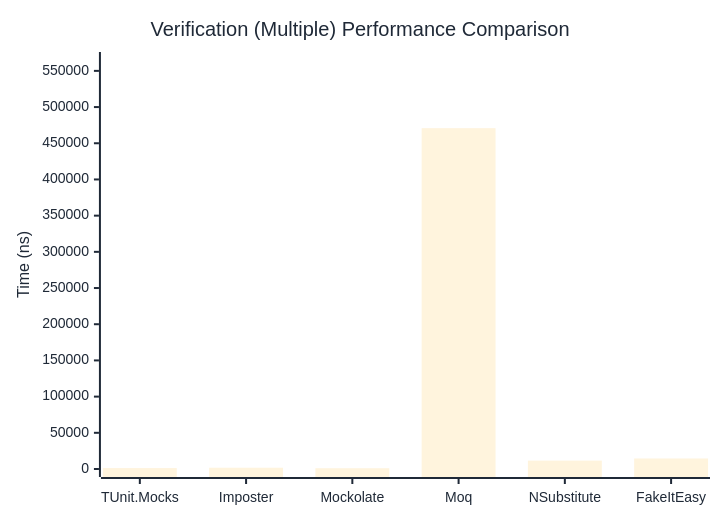
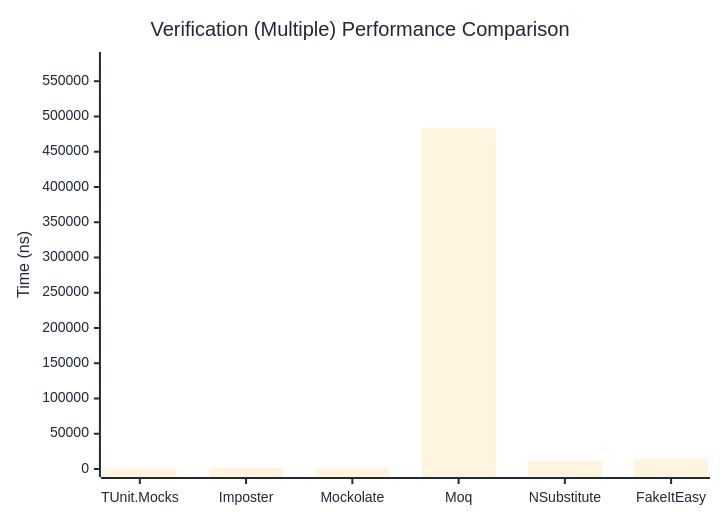
The third of 3 diagrams in docs/docs/benchmarks/mocks/Verification.md (thomhurst/TUnit), drawn with Mermaid before and after one commit. The commit also changed other lines of this file and 14 other files, not shown here.

````diff
--- a/docs/docs/benchmarks/mocks/Verification.md
+++ b/docs/docs/benchmarks/mocks/Verification.md
@@ -112,27 +112,27 @@
 ```mermaid
 %%{init: {
   'theme':'base',
   'themeVariables': {
     'primaryColor': '#2563eb',
     'primaryTextColor': '#1f2937',
     'primaryBorderColor': '#1e40af',
     'lineColor': '#6b7280',
     'secondaryColor': '#7c3aed',
     'tertiaryColor': '#dc2626',
     'background': '#ffffff',
     'pie1': '#2563eb',
     'pie2': '#7c3aed',
     'pie3': '#dc2626',
     'pie4': '#f59e0b',
     'pie5': '#10b981',
     'pie6': '#06b6d4',
     'pie7': '#ec4899',
     'pie8': '#6366f1'
   }
 }}%%
 xychart-beta
   title "Verification (Multiple) Performance Comparison"
   x-axis ["TUnit.Mocks", "Imposter", "Mockolate", "Moq", "NSubstitute", "FakeItEasy"]
-  y-axis "Time (ns)" 0 --> 565019
-  bar [1272.5, 1745.4, 1093.69, 470848.86, 11594.33, 14550.44]
+  y-axis "Time (ns)" 0 --> 580101
+  bar [1217.75, 1856.88, 1106.03, 483417.42, 11742.67, 14338.99]
 ```
````
